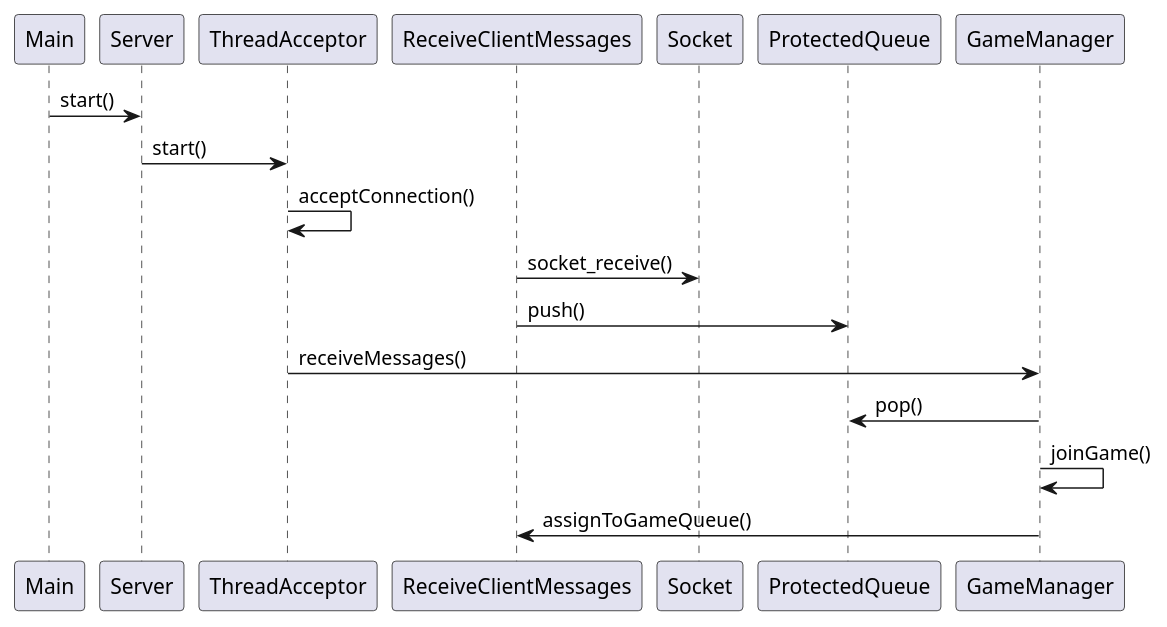
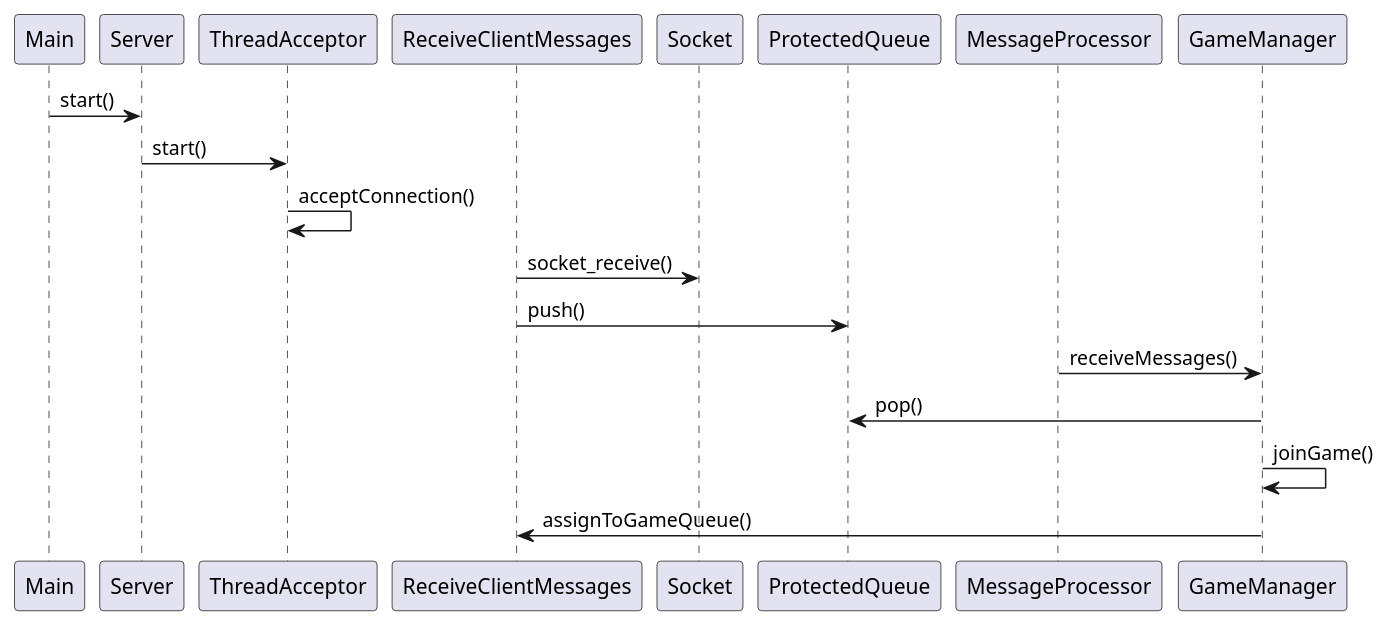
One commit to PBrrtrn/75.42-TP-grupal changed the diagram in uml/player_join_game.puml. Above: the diagram before and after it, drawn with PlantUML. The commit also changed 7 other files, not shown here.

Commit message:
uml update

```diff
--- a/uml/player_join_game.puml
+++ b/uml/player_join_game.puml
@@ -1,11 +1,11 @@
 @startuml join_game
     Main -> Server : start()
     Server -> ThreadAcceptor : start()
     ThreadAcceptor -> ThreadAcceptor : acceptConnection()
     ReceiveClientMessages -> Socket : socket_receive()
     ReceiveClientMessages -> ProtectedQueue : push()
-    ThreadAcceptor -> GameManager : receiveMessages()
+    MessageProcessor -> GameManager : receiveMessages()
     GameManager -> ProtectedQueue : pop()
     GameManager -> GameManager : joinGame()
     GameManager -> ReceiveClientMessages : assignToGameQueue()
 @enduml
```
